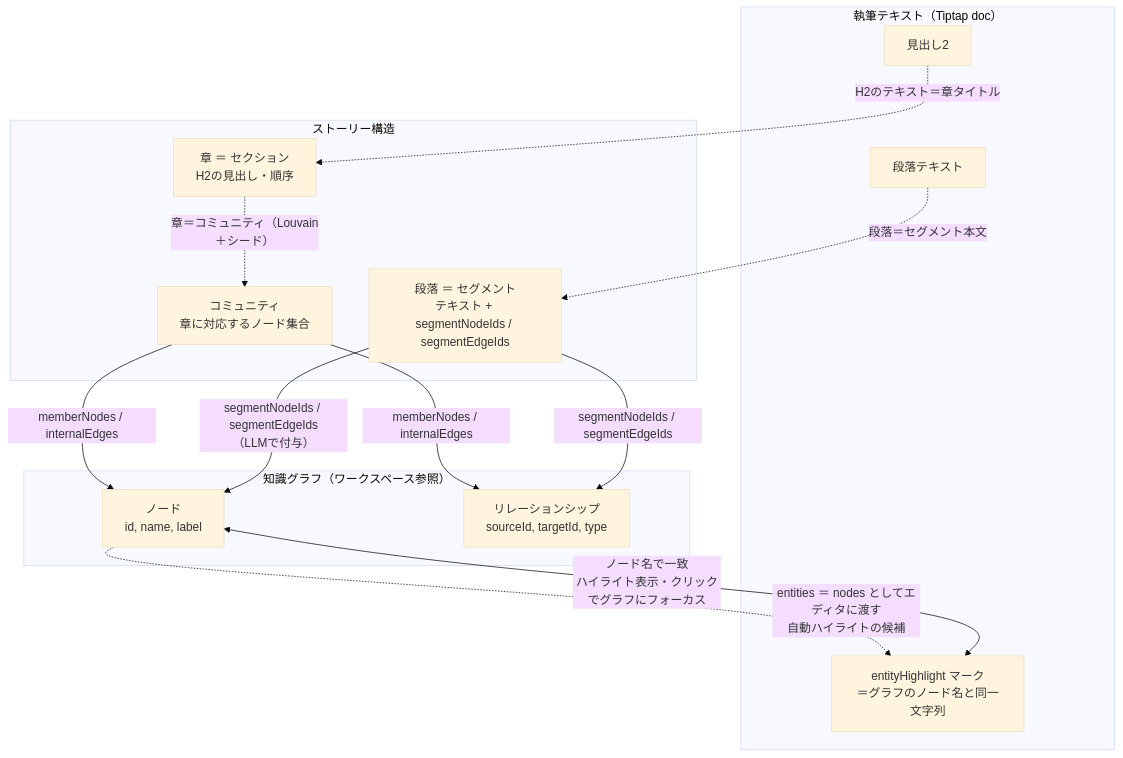
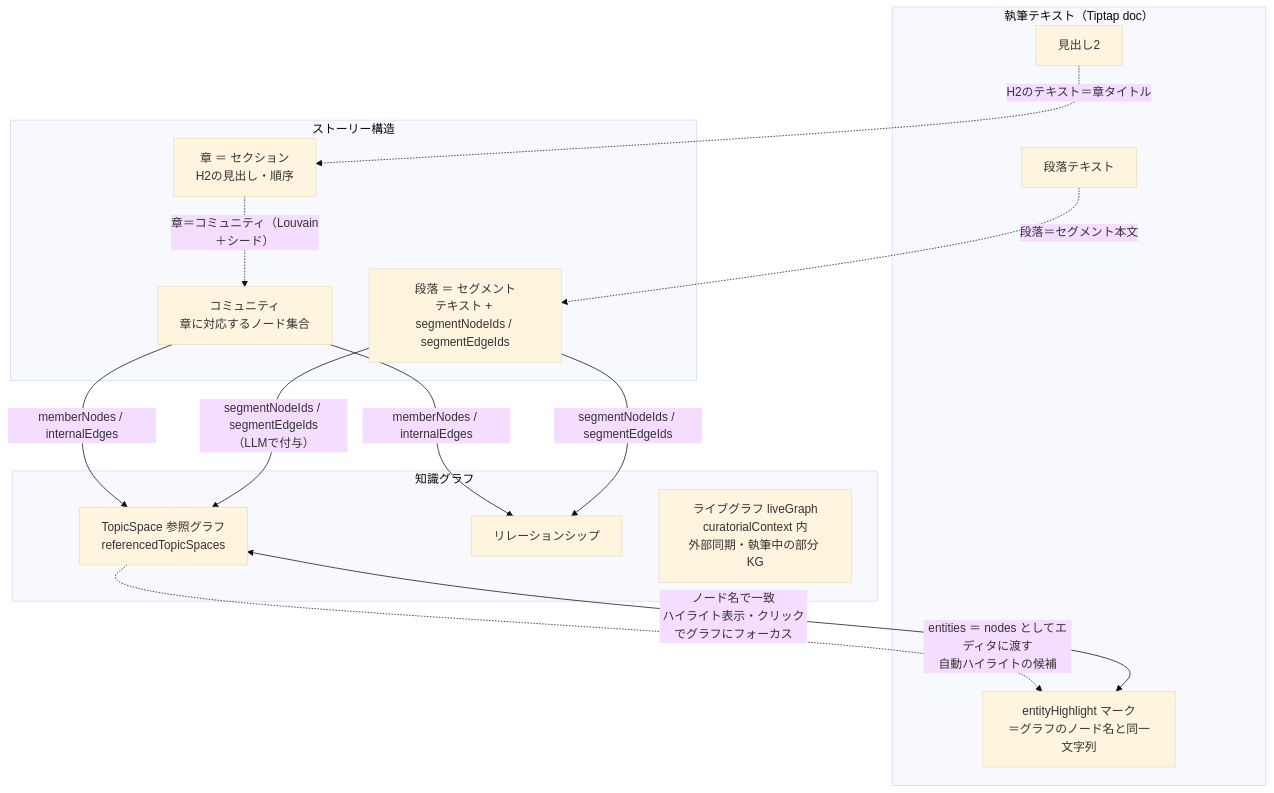
One commit to MatsunoHitoshi/ArsTraverse changed the diagram in docs/concept-writing-data-linkage.md. Above: the diagram before and after it, drawn with Mermaid (base theme). The commit also changed other lines of this file and 4 other files, not shown here.

````diff
--- a/docs/concept-writing-data-linkage.md
+++ b/docs/concept-writing-data-linkage.md
@@ -7,31 +7,32 @@
 ```mermaid
 flowchart TB
     subgraph Writing["執筆テキスト（Tiptap doc）"]
         T1[見出し2]
         T2[段落テキスト]
         T3[entityHighlight マーク<br/>＝グラフのノード名と同一文字列]
     end
 
-    subgraph Graph["知識グラフ（ワークスペース参照）"]
-        G1[ノード<br/>id, name, label]
-        G2[リレーションシップ<br/>sourceId, targetId, type]
+    subgraph Graph["知識グラフ"]
+        G1[TopicSpace 参照グラフ<br/>referencedTopicSpaces]
+        G2[リレーションシップ]
+        LG[ライブグラフ liveGraph<br/>curatorialContext 内<br/>外部同期・執筆中の部分 KG]
     end
 
     subgraph Story["ストーリー構造"]
         S1[章 ＝ セクション<br/>H2の見出し・順序]
         S2[段落 ＝ セグメント<br/>テキスト + segmentNodeIds / segmentEdgeIds]
         S3[コミュニティ<br/>章に対応するノード集合]
     end
 
     T1 -.->|"H2のテキスト＝章タイトル"| S1
     T2 -.->|"段落＝セグメント本文"| S2
     T3 <-->|"ノード名で一致<br/>ハイライト表示・クリックでグラフにフォーカス"| G1
 
     S1 -.->|"章＝コミュニティ（Louvain＋シード）"| S3
     S3 -->|"memberNodes / internalEdges"| G1
     S3 -->|"memberNodes / internalEdges"| G2
     S2 -->|"segmentNodeIds / segmentEdgeIds<br/>（LLMで付与）"| G1
     S2 -->|"segmentNodeIds / segmentEdgeIds"| G2
 
     G1 -.->|"entities ＝ nodes としてエディタに渡す<br/>自動ハイライトの候補"| T3
 ```
````
